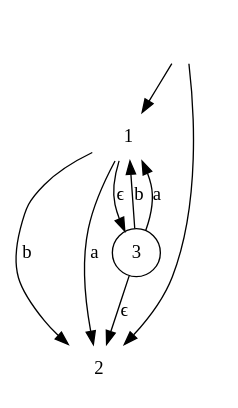
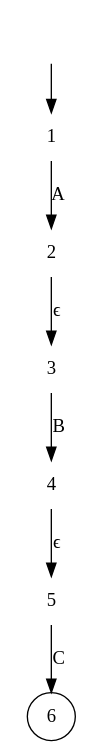
One commit to gg9192/TOC_project changed the diagram in images/nfa_5.gv. Above: the diagram before and after it, drawn with Graphviz. The commit also changed 9 other files, not shown here.

```diff
--- a/images/nfa_5.gv
+++ b/images/nfa_5.gv
@@ -1,14 +1,15 @@
 digraph nfa {
 	Start [label="" shape=none]
 	1 [label=1 shape=plaintext]
 	2 [label=2 shape=plaintext]
-	3 [label=3 shape=circle]
+	3 [label=3 shape=plaintext]
+	4 [label=4 shape=plaintext]
+	5 [label=5 shape=plaintext]
+	6 [label=6 shape=circle]
 	Start -> 1
-	Start -> 2
-	3 -> 2 [label="ϵ"]
-	3 -> 1 [label=b]
-	3 -> 1 [label=a]
-	1 -> 3 [label="ϵ"]
-	1 -> 2 [label=b]
-	1 -> 2 [label=a]
+	1 -> 2 [label=A]
+	2 -> 3 [label="ϵ"]
+	3 -> 4 [label=B]
+	4 -> 5 [label="ϵ"]
+	5 -> 6 [label=C]
 }
```
